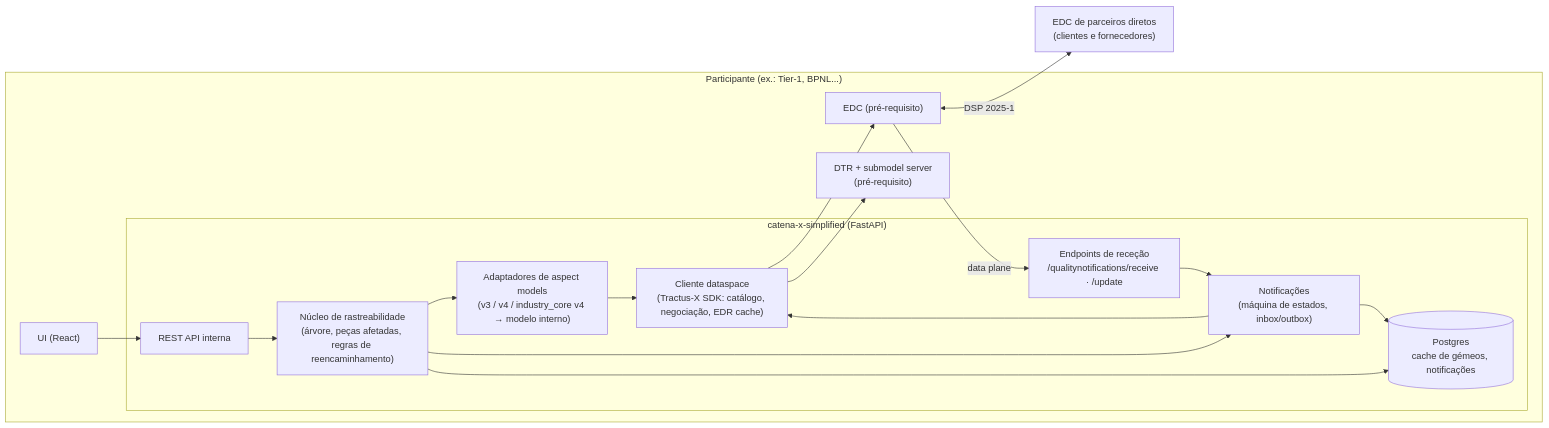
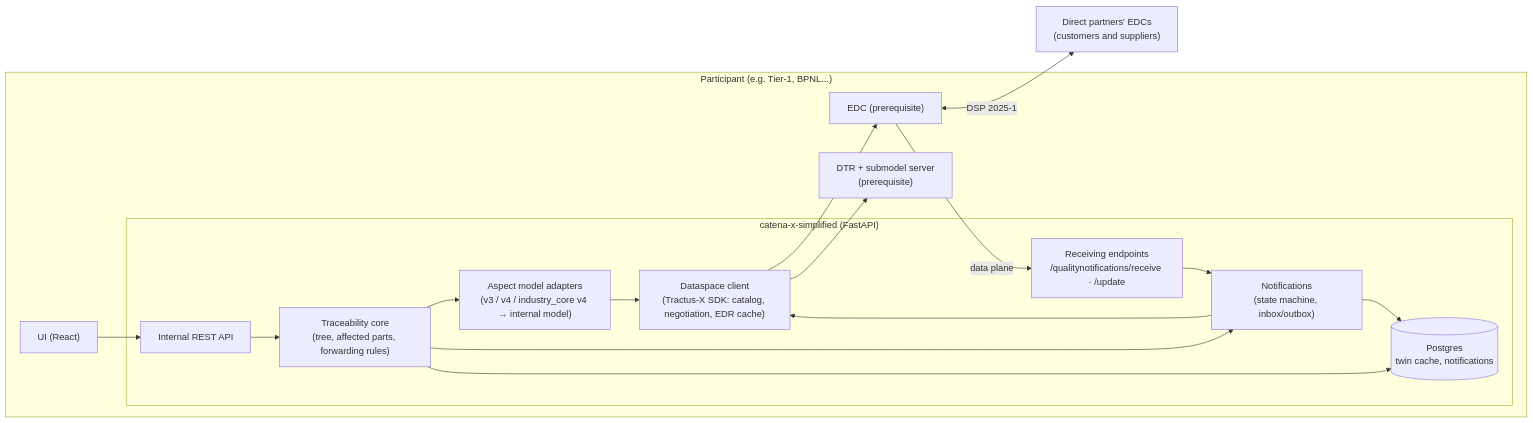
Before and after one commit to pedrobtmartins/catena-x-simplified: the first of 3 diagrams in docs/architecture.md, drawn with Mermaid. The commit also changed other lines of this file and 1 other file, not shown here.

````diff
--- a/docs/architecture.md
+++ b/docs/architecture.md
@@ -69,28 +69,28 @@
 ```mermaid
 flowchart LR
-    subgraph Participante["Participante (ex.: Tier-1, BPNL...)"]
+    subgraph Participant["Participant (e.g. Tier-1, BPNL...)"]
         UI["UI (React)"]
         subgraph App["catena-x-simplified (FastAPI)"]
-            API["REST API interna"]
-            CORE["Núcleo de rastreabilidade<br/>(árvore, peças afetadas, regras de reencaminhamento)"]
-            NOTIF["Notificações<br/>(máquina de estados, inbox/outbox)"]
-            ADAPT["Adaptadores de aspect models<br/>(v3 / v4 / industry_core v4 → modelo interno)"]
-            DS["Cliente dataspace<br/>(Tractus-X SDK: catálogo, negociação, EDR cache)"]
-            RECV["Endpoints de receção<br/>/qualitynotifications/receive · /update"]
-            DB[("Postgres<br/>cache de gémeos, notificações")]
+            API["Internal REST API"]
+            CORE["Traceability core<br/>(tree, affected parts, forwarding rules)"]
+            NOTIF["Notifications<br/>(state machine, inbox/outbox)"]
+            ADAPT["Aspect model adapters<br/>(v3 / v4 / industry_core v4 → internal model)"]
+            DS["Dataspace client<br/>(Tractus-X SDK: catalog, negotiation, EDR cache)"]
+            RECV["Receiving endpoints<br/>/qualitynotifications/receive · /update"]
+            DB[("Postgres<br/>twin cache, notifications")]
         end
-        EDC["EDC (pré-requisito)"]
-        DTR["DTR + submodel server<br/>(pré-requisito)"]
+        EDC["EDC (prerequisite)"]
+        DTR["DTR + submodel server<br/>(prerequisite)"]
     end
-    PARTNER["EDC de parceiros diretos<br/>(clientes e fornecedores)"]
+    PARTNER["Direct partners' EDCs<br/>(customers and suppliers)"]
 
     UI --> API --> CORE
     CORE --> ADAPT --> DS
     CORE --> NOTIF --> DS
     CORE --> DB
     NOTIF --> DB
     DS --> EDC
     DS --> DTR
     EDC <-->|DSP 2025-1| PARTNER
     EDC -->|data plane| RECV --> NOTIF
 ```
````
